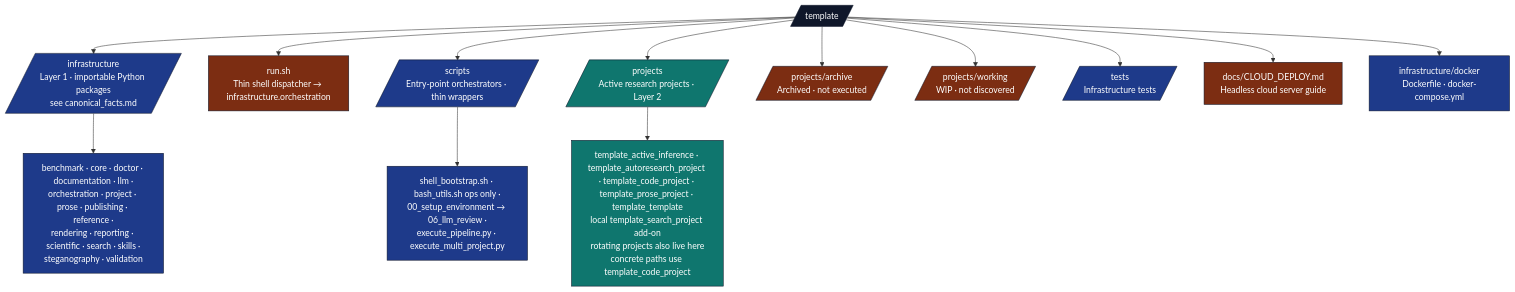
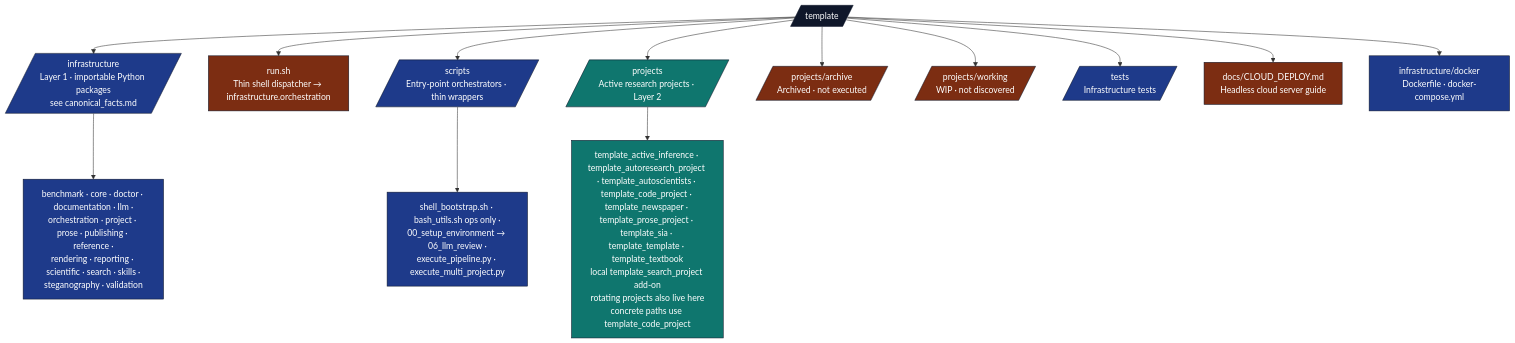
The diagram in docs/PAI.md (docxology/template), drawn with Mermaid before and after one commit. The commit also changed 19 other files, not shown here.

````diff
--- a/docs/PAI.md
+++ b/docs/PAI.md
@@ -69,28 +69,28 @@
 ```mermaid
 flowchart TB
     ROOT[/template/]
     ROOT --> INFRA[/infrastructure<br/>Layer 1 · importable Python packages<br/>see canonical_facts.md/]
     ROOT --> RUN[run.sh<br/>Thin shell dispatcher → infrastructure.orchestration]
     ROOT --> SCR[/scripts<br/>Entry-point orchestrators · thin wrappers/]
     ROOT --> PROJ[/projects<br/>Active research projects · Layer 2/]
     ROOT --> ARCH[/projects/archive<br/>Archived · not executed/]
     ROOT --> WIP[/projects/working<br/>WIP · not discovered/]
     ROOT --> T[/tests<br/>Infrastructure tests/]
     ROOT --> DOCS[docs/CLOUD_DEPLOY.md<br/>Headless cloud server guide]
     ROOT --> DOCKER[infrastructure/docker<br/>Dockerfile · docker-compose.yml]
 
     INFRA --> INFRA_PKGS[benchmark · core · doctor · documentation · llm ·<br/>orchestration · project · prose · publishing · reference ·<br/>rendering · reporting · scientific · search · skills ·<br/>steganography · validation]
 
     SCR --> SCR_FILES[shell_bootstrap.sh · bash_utils.sh ops only ·<br/>00_setup_environment → 06_llm_review ·<br/>execute_pipeline.py · execute_multi_project.py]
 
-    PROJ --> PROJ_F["template_active_inference · template_autoresearch_project · template_code_project · template_prose_project · template_template<br/>local template_search_project add-on<br/>rotating projects also live here<br/>concrete paths use template_code_project"]
+    PROJ --> PROJ_F["template_active_inference · template_autoresearch_project · template_autoscientists · template_code_project · template_newspaper · template_prose_project · template_sia · template_template · template_textbook<br/>local template_search_project add-on<br/>rotating projects also live here<br/>concrete paths use template_code_project"]
 
     classDef root fill:#0f172a,stroke:#0f172a,color:#fff
     classDef l1 fill:#1e3a8a,stroke:#0f172a,color:#fff
     classDef l2 fill:#0f766e,stroke:#0f172a,color:#fff
     classDef gen fill:#7c2d12,stroke:#0f172a,color:#fff
     class ROOT root
     class INFRA,SCR,T,DOCKER,INFRA_PKGS,SCR_FILES l1
     class PROJ,PROJ_F l2
     class ARCH,WIP,DOCS,RUN gen
 ```
````
